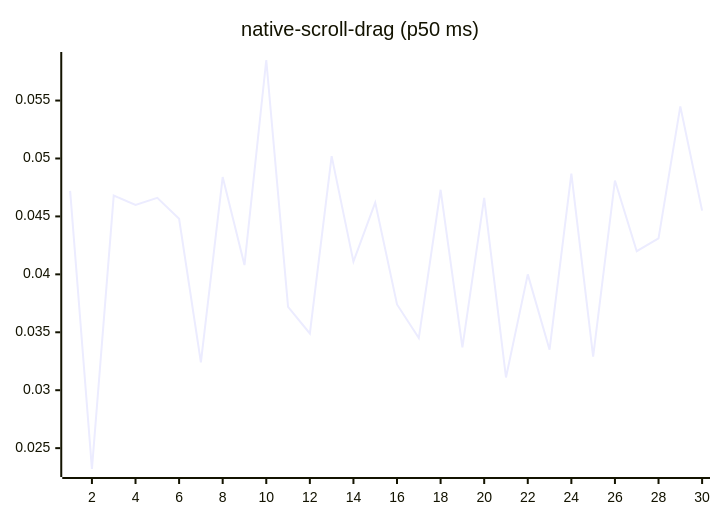
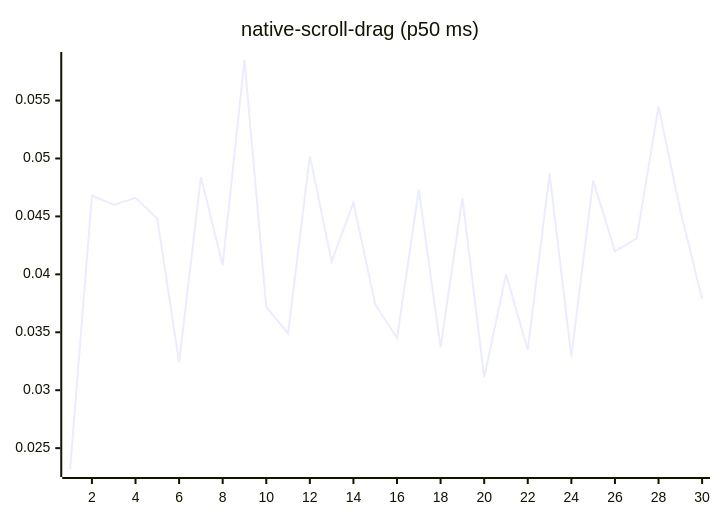
Before and after one commit to josha/Facet: diagram 14 of 27 in README.md, drawn with Mermaid. The commit also changed other lines of this file and 2 other files, not shown here.

````diff
--- a/README.md
+++ b/README.md
@@ -154,6 +154,6 @@
 ```mermaid
 xychart-beta
     title "native-scroll-drag (p50 ms)"
     x-axis 1 --> 30
-    line [0.0472, 0.0232, 0.0468, 0.0460, 0.0466, 0.0448, 0.0324, 0.0484, 0.0408, 0.0585, 0.0372, 0.0349, 0.0502, 0.0411, 0.0462, 0.0374, 0.0345, 0.0473, 0.0337, 0.0466, 0.0311, 0.0400, 0.0335, 0.0487, 0.0329, 0.0481, 0.0420, 0.0431, 0.0545, 0.0455]
+    line [0.0232, 0.0468, 0.0460, 0.0466, 0.0448, 0.0324, 0.0484, 0.0408, 0.0585, 0.0372, 0.0349, 0.0502, 0.0411, 0.0462, 0.0374, 0.0345, 0.0473, 0.0337, 0.0466, 0.0311, 0.0400, 0.0335, 0.0487, 0.0329, 0.0481, 0.0420, 0.0431, 0.0545, 0.0455, 0.0379]
 ```
````
